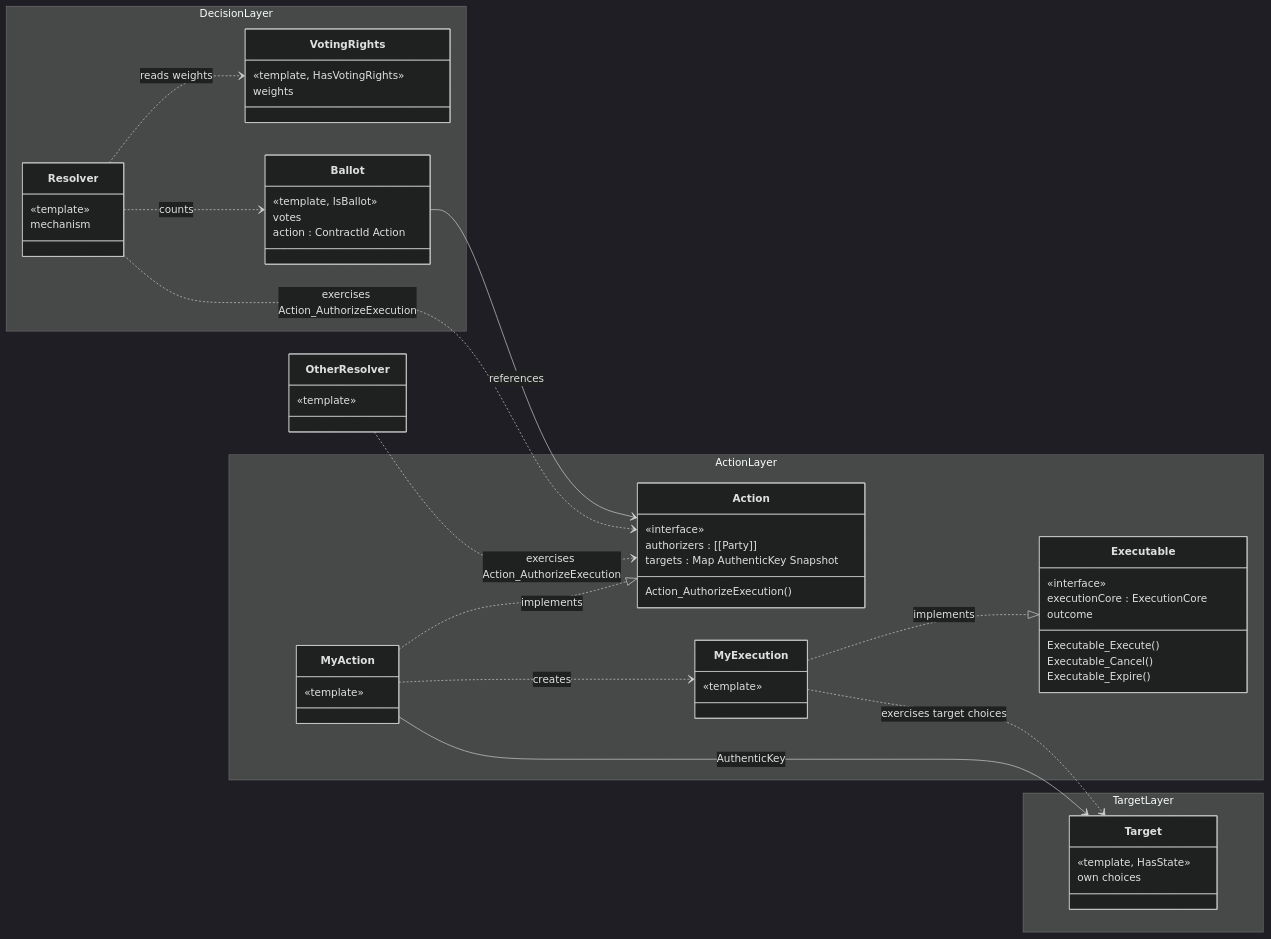
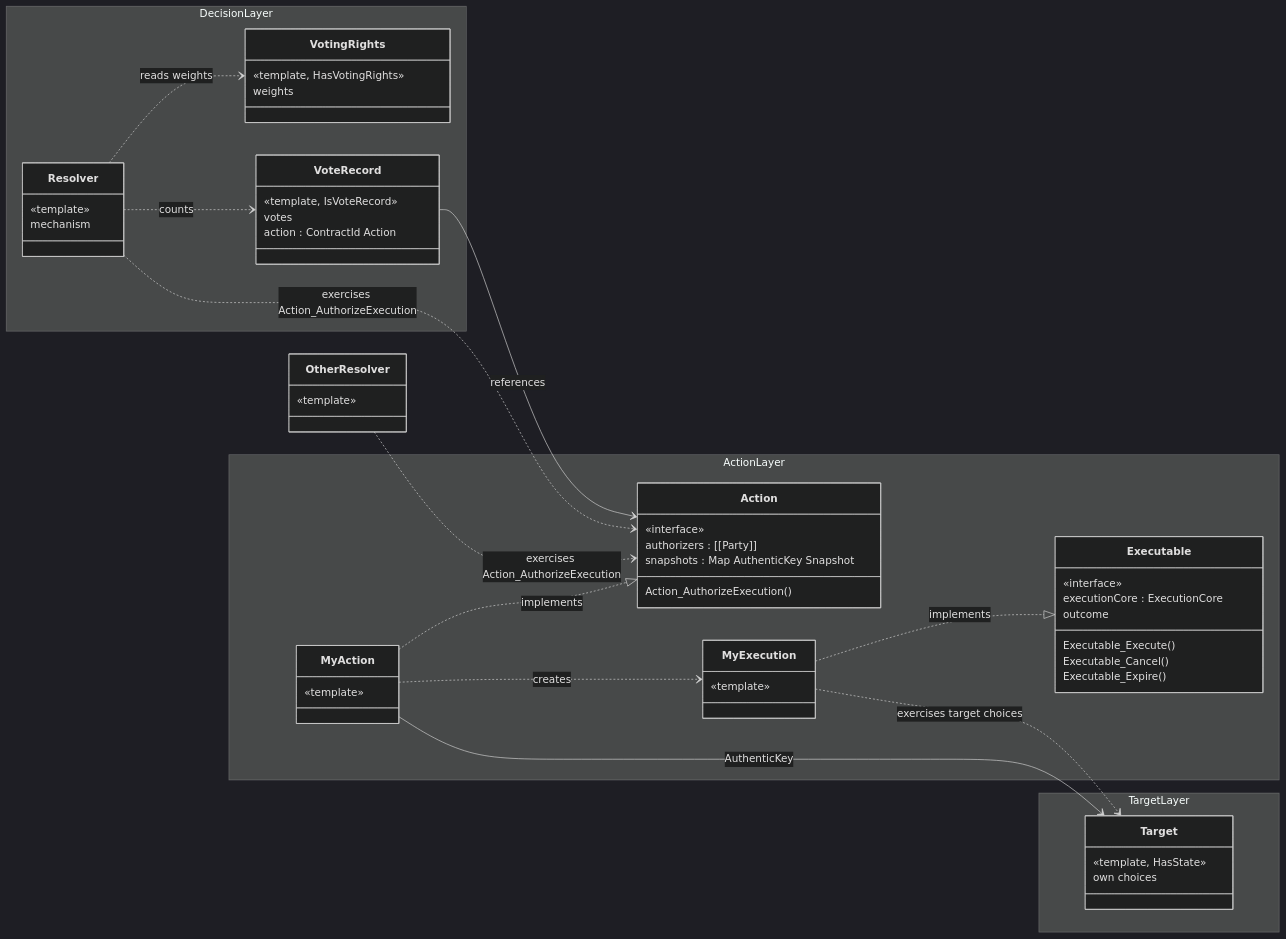
One commit to unlockitio/concordia changed the second of 2 diagrams in docs/governance/intro.md. Above: the diagram before and after it, drawn with Mermaid (dark theme). The commit also changed other lines of this file and 55 other files, not shown here.

````diff
--- a/docs/governance/intro.md
+++ b/docs/governance/intro.md
@@ -110,65 +110,65 @@
 ```mermaid
 classDiagram
   direction LR
 
   namespace DecisionLayer {
     class VotingRights {
       «template, HasVotingRights»
       weights
     }
-    class Ballot {
-      «template, IsBallot»
+    class VoteRecord {
+      «template, IsVoteRecord»
       votes
       action : ContractId Action
     }
     class Resolver {
       «template»
       mechanism
     }
   }
 
   class OtherResolver {
     «template»
   }
 
   namespace ActionLayer {
     class Action {
       «interface»
       authorizers : [[Party]]
-      targets : Map AuthenticKey Snapshot
+      snapshots : Map AuthenticKey Snapshot
       Action_AuthorizeExecution()
     }
     class MyAction {
       «template»
     }
     class Executable {
       «interface»
       executionCore : ExecutionCore
       outcome
       Executable_Execute()
       Executable_Cancel()
       Executable_Expire()
     }
     class MyExecution {
       «template»
     }
   }
 
   namespace TargetLayer {
     class Target {
       «template, HasState»
       own choices
     }
   }
 
   Resolver ..> VotingRights : reads weights
-  Resolver ..> Ballot : counts
-  Ballot --> Action : references
+  Resolver ..> VoteRecord : counts
+  VoteRecord --> Action : references
   Resolver ..> Action : exercises Action_AuthorizeExecution
   OtherResolver ..> Action : exercises Action_AuthorizeExecution
   MyAction ..|> Action : implements
   MyExecution ..|> Executable : implements
   MyAction ..> MyExecution : creates
   MyAction --> Target : AuthenticKey
   MyExecution ..> Target : exercises target choices
 ```
````
